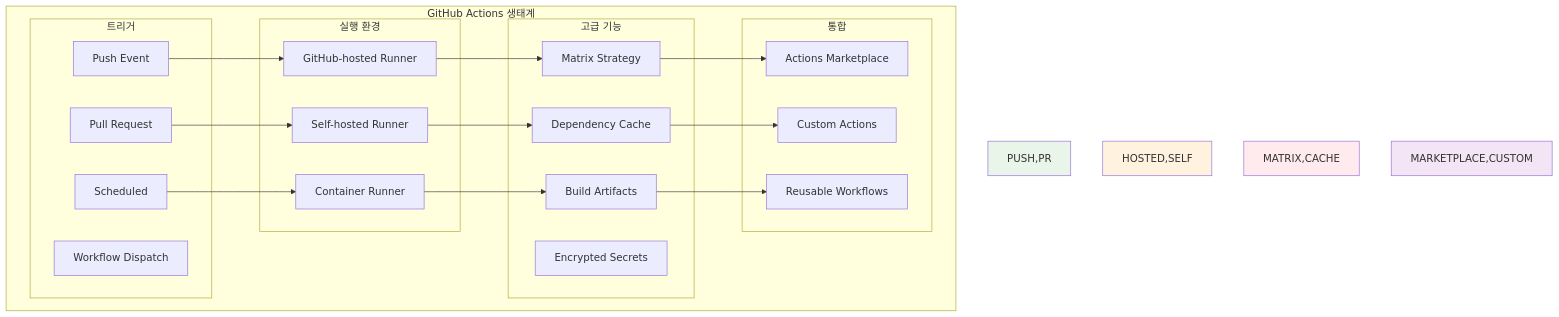
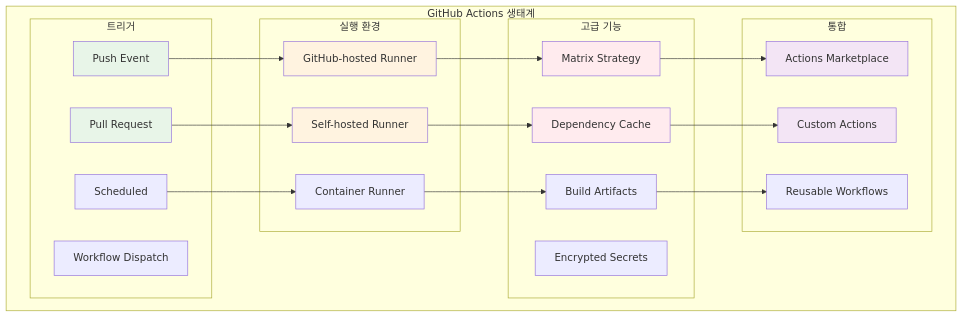
The eighth of 9 diagrams in theory/week_04/day4/session_3.md (niceguy61/kdt_devops_lecture_2025), drawn with Mermaid before and after one commit. The commit also changed other lines of this file and 2 other files, not shown here.

Commit message:
mermaid style change

````diff
--- a/theory/week_04/day4/session_3.md
+++ b/theory/week_04/day4/session_3.md
@@ -384,47 +396,51 @@
 ```mermaid
 graph TB
     subgraph "GitHub Actions 생태계"
         subgraph "트리거"
             PUSH[Push Event]
             PR[Pull Request]
             SCHEDULE[Scheduled]
             WORKFLOW[Workflow Dispatch]
         end
         
         subgraph "실행 환경"
             HOSTED[GitHub-hosted Runner]
             SELF[Self-hosted Runner]
             CONTAINER[Container Runner]
         end
         
         subgraph "고급 기능"
             MATRIX[Matrix Strategy]
             CACHE[Dependency Cache]
             ARTIFACT[Build Artifacts]
             SECRET[Encrypted Secrets]
         end
         
         subgraph "통합"
             MARKETPLACE[Actions Marketplace]
             CUSTOM[Custom Actions]
             REUSABLE[Reusable Workflows]
         end
     end
     
     PUSH --> HOSTED
     PR --> SELF
     SCHEDULE --> CONTAINER
     
     HOSTED --> MATRIX
     SELF --> CACHE
     CONTAINER --> ARTIFACT
     
     MATRIX --> MARKETPLACE
     CACHE --> CUSTOM
     ARTIFACT --> REUSABLE
     
-    style PUSH,PR fill:#e8f5e8
-    style HOSTED,SELF fill:#fff3e0
-    style MATRIX,CACHE fill:#ffebee
-    style MARKETPLACE,CUSTOM fill:#f3e5f5
+    style PUSH fill:#e8f5e8
+    style PR fill:#e8f5e8
+    style HOSTED fill:#fff3e0
+    style SELF fill:#fff3e0
+    style MATRIX fill:#ffebee
+    style CACHE fill:#ffebee
+    style MARKETPLACE fill:#f3e5f5
+    style CUSTOM fill:#f3e5f5
 ```
````
